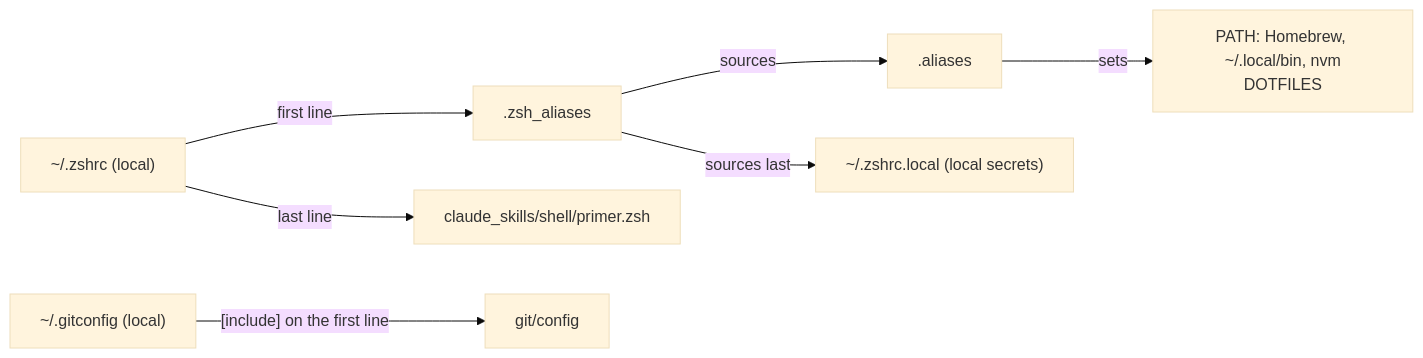
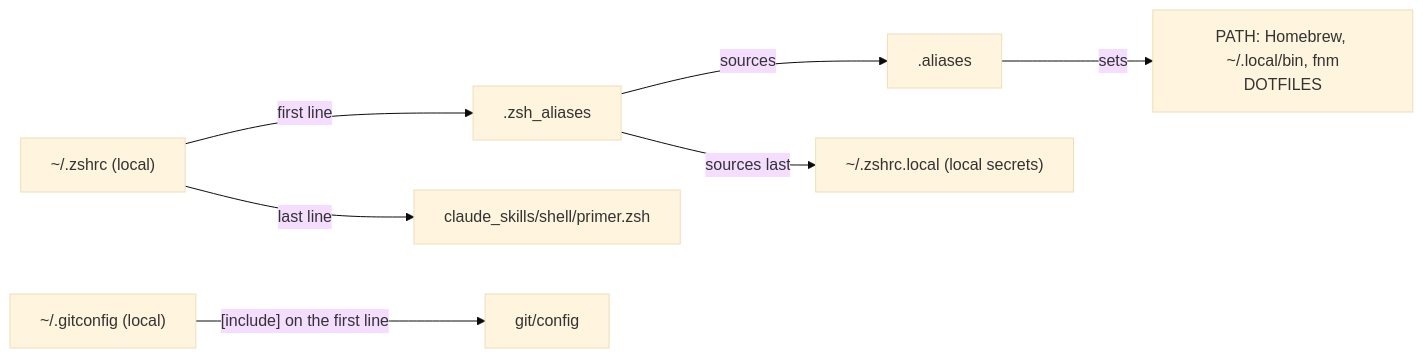
One commit to bdhammel/dotfiles changed the diagram in README.md. Above: the diagram before and after it, drawn with Mermaid (base theme). The commit also changed other lines of this file and 7 other files, not shown here.

````diff
--- a/README.md
+++ b/README.md
@@ -62,9 +62,9 @@
 ```mermaid
 flowchart LR
   zshrc["~/.zshrc (local)"] -- "first line" --> zal[".zsh_aliases"]
   zal -- "sources" --> al[".aliases"]
-  al -- "sets" --> env["PATH: Homebrew, ~/.local/bin, nvm<br/>DOTFILES"]
+  al -- "sets" --> env["PATH: Homebrew, ~/.local/bin, fnm<br/>DOTFILES"]
   zal -- "sources last" --> secrets["~/.zshrc.local (local secrets)"]
   zshrc -- "last line" --> primer["claude_skills/shell/primer.zsh"]
   gitconfig["~/.gitconfig (local)"] -- "[include] on the first line" --> gitcfg["git/config"]
 ```
````
